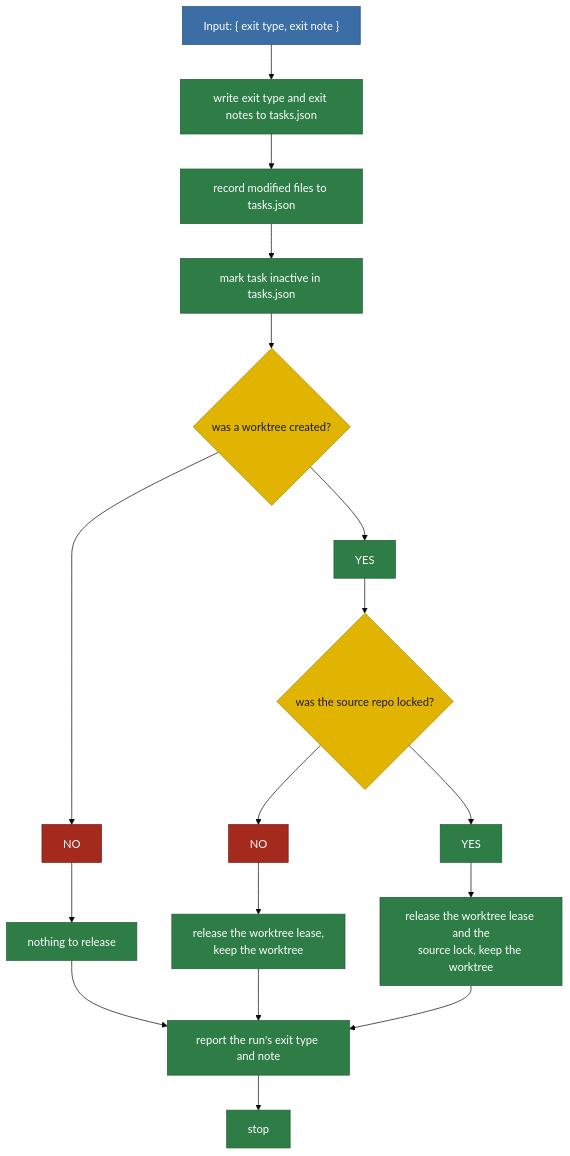
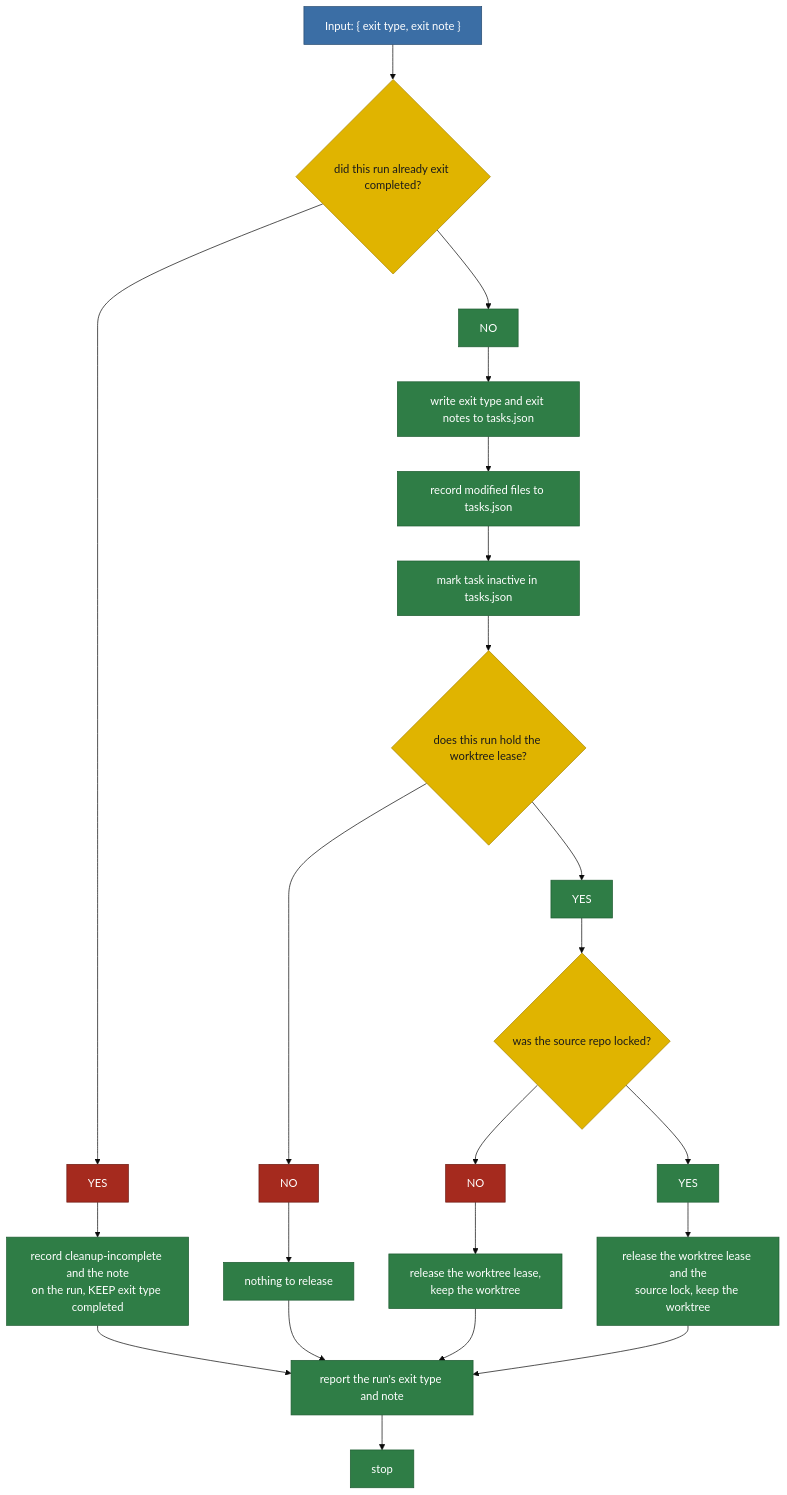
One commit to matkatmusic/taskTools changed the diagram in plans/diagram/pipeline-failuresExit.mmd. Above: the diagram before and after it, drawn with Mermaid (base theme). The commit also changed 9 other files, not shown here.

Commit message:
updated pipeline diagrams after codex review #1

```diff
--- a/plans/diagram/pipeline-failuresExit.mmd
+++ b/plans/diagram/pipeline-failuresExit.mmd
@@ -1,66 +1,88 @@
 flowchart TB
 %% FAILURES EXIT. Split from pipeline-exitWorkflow.mmd.
 %% Input: an exit type and exit note from any pipeline, once the task is active.
 %% One job: record why the run ended, then let go of what the run holds.
 %% Ends at [stop].
 %% Rules that apply everywhere, not steps:
 %%   1. Every git interaction goes through a script. Never prose.
 %%   2. Every read and write of tasks.json is atomic.
 %%   3. Every box that touches the working tree operates on every repository
 %%      layer, deepest submodule first, root last. Boxes that only read or write
 %%      tasks.json do not.
 %%   4. Exactly one box releases what the run holds, and the box it picks names
-%%      only what is actually held: nothing before a worktree exists, the lease
-%%      only before the source repo was locked, both after.
+%%      only what is actually held. The test is "does this run hold the worktree
+%%      lease right now?", read from the lease file, NOT "was a worktree created
+%%      at some point": a resumed worktree was created by an earlier run, and a
+%%      lease can have been lost to another owner since. See releaseTaskRunHolds.ts,
+%%      which compares the physical lease owner against this run's id.
 %%   5. The worktree itself is NEVER removed here. Releasing a lease is not
 %%      deleting a worktree. The committed work stays on disk, so the next
 %%      invocation of this task finds it at the preamble's "does a worktree
 %%      exist?" and resumes. Only the merge succeeded exit removes a worktree.
 %%      See releaseTaskRunHolds.ts here, removeTaskWorktreeAndBranches there.
-%%   6. How far this tail can run depends on where the failure happened:
-%%        active, no worktree - this tail runs; modified files records []
-%%        active, with worktree - this tail runs in full
-%%        during the archive, after "mark task inactive"
-%%                            - the run is already ended, so this tail reopens
-%%                              it, overwrites exit type completed with
-%%                              run-failed, and re-ends it
+%%   6. A merge is published work and can never be un-published. Once a run has
+%%      written exit type completed, that exit type is FINAL. A later failure on the
+%%      same run records cleanup-incomplete beside it and leaves completed alone.
+%%      Overwriting it with run-failed would erase the only durable proof the merge
+%%      landed: the preamble's "is the task closing?" reads exactly that field, so
+%%      the next invocation would re-run a task whose work is already on the target
+%%      branch, against a worktree that may no longer exist.
+%%   7. cleanup-incomplete is a repair flag, not an exit type. The task stays in
+%%      tasks.json, still marked closing, and the recorded merge commit hashes are
+%%      enough to finish the archive by hand or on the next sweep. A post-merge
+%%      failure NEVER sends the run back into implementation.
+%%   8. How far this tail can run depends on where the failure happened:
+%%        active, no lease held - this tail runs; modified files records []
+%%        active, lease held    - this tail runs in full
+%%        after the merge succeeded exit wrote completed
+%%                              - rule 6: record cleanup-incomplete, keep completed
 %%      A failure BEFORE the task is active never reaches here. It takes the
 %%      report-only exit. See pipeline-reportOnlyExit.mmd.
 %% Exit types that reach this tail:
 %%   plan-scrapped      - codex did not accept the plan in two reviews
-%%   tests-red          - task tests still failing after 2 attempts
+%%   clarify-stuck      - the planner asked twice for something the docs cannot
+%%                        supply
+%%   fence-violation    - a change edited files the task does not own
+%%   tests-red          - task tests still failing after 2 fix attempts
 %%   tests-flagged      - codex flagged the tests twice
 %%   rebase-stuck       - the rebase did not advance after 2 conflict fixes
 %%   suite-red          - full suite still failing after 2 fix attempts
 %%   merge-failed       - the merge did not land twice
 %%   agent-failed       - an agent returned nothing usable
 %%   run-failed         - a script failed operationally
 
-  EXIT_TYPE_NOTE_INPUT["Input: { exit type, exit note }"] --> WRITE_EXIT_TYPE_AND_NOTE["write exit type and exit notes to tasks.json"]
+  EXIT_TYPE_NOTE_INPUT["Input: { exit type, exit note }"] --> DID_THIS_RUN_ALREADY_MERGE
+  DID_THIS_RUN_ALREADY_MERGE{"did this run already exit completed?"} --> DID_THIS_RUN_ALREADY_MERGE_YES["YES"]
+  DID_THIS_RUN_ALREADY_MERGE --> DID_THIS_RUN_ALREADY_MERGE_NO["NO"]
+
+  DID_THIS_RUN_ALREADY_MERGE_YES --> RECORD_CLEANUP_INCOMPLETE["record cleanup-incomplete and the note<br/>on the run, KEEP exit type completed"]
+  RECORD_CLEANUP_INCOMPLETE --> REPORT_EXIT_TYPE_AND_NOTE
+
+  DID_THIS_RUN_ALREADY_MERGE_NO --> WRITE_EXIT_TYPE_AND_NOTE["write exit type and exit notes to tasks.json"]
   WRITE_EXIT_TYPE_AND_NOTE --> RECORD_MODIFIED_FILES_FAILURE["record modified files to tasks.json"]
   RECORD_MODIFIED_FILES_FAILURE --> MARK_TASK_INACTIVE_FAILURE["mark task inactive in tasks.json"]
-  MARK_TASK_INACTIVE_FAILURE --> WAS_WORKTREE_CREATED{"was a worktree created?"}
-  WAS_WORKTREE_CREATED --> WAS_WORKTREE_CREATED_YES["YES"]
-  WAS_WORKTREE_CREATED --> WAS_WORKTREE_CREATED_NO["NO"]
-  WAS_WORKTREE_CREATED_NO --> NOTHING_TO_RELEASE["nothing to release"]
+  MARK_TASK_INACTIVE_FAILURE --> DOES_RUN_HOLD_LEASE{"does this run hold the worktree lease?"}
+  DOES_RUN_HOLD_LEASE --> DOES_RUN_HOLD_LEASE_YES["YES"]
+  DOES_RUN_HOLD_LEASE --> DOES_RUN_HOLD_LEASE_NO["NO"]
+  DOES_RUN_HOLD_LEASE_NO --> NOTHING_TO_RELEASE["nothing to release"]
   NOTHING_TO_RELEASE --> REPORT_EXIT_TYPE_AND_NOTE["report the run's exit type and note"]
 
-  WAS_WORKTREE_CREATED_YES --> WAS_SOURCE_REPO_LOCKED{"was the source repo locked?"}
+  DOES_RUN_HOLD_LEASE_YES --> WAS_SOURCE_REPO_LOCKED{"was the source repo locked?"}
   WAS_SOURCE_REPO_LOCKED --> WAS_SOURCE_REPO_LOCKED_YES["YES"]
   WAS_SOURCE_REPO_LOCKED --> WAS_SOURCE_REPO_LOCKED_NO["NO"]
   WAS_SOURCE_REPO_LOCKED_NO --> RELEASE_WORKTREE_LEASE["release the worktree lease,<br/>keep the worktree"]
   RELEASE_WORKTREE_LEASE --> REPORT_EXIT_TYPE_AND_NOTE
   WAS_SOURCE_REPO_LOCKED_YES --> RELEASE_WORKTREE_LEASE_AND_LOCK["release the worktree lease and the<br/>source lock, keep the worktree"]
   RELEASE_WORKTREE_LEASE_AND_LOCK --> REPORT_EXIT_TYPE_AND_NOTE
   REPORT_EXIT_TYPE_AND_NOTE --> STOP["stop"]
 
   classDef script fill:#2f7d46,stroke:#1e5c31,color:#ffffff
   classDef decision fill:#e0b400,stroke:#a88600,color:#1a1a1a
   classDef output fill:#3b6ea5,stroke:#254a70,color:#ffffff
   classDef pass fill:#2f7d46,stroke:#1e5c31,color:#ffffff
   classDef nopass fill:#a52a1e,stroke:#6d1a12,color:#ffffff
-  class WAS_WORKTREE_CREATED,WAS_SOURCE_REPO_LOCKED decision
-  class WAS_WORKTREE_CREATED_YES,WAS_SOURCE_REPO_LOCKED_YES pass
-  class WAS_WORKTREE_CREATED_NO,WAS_SOURCE_REPO_LOCKED_NO nopass
-  class WRITE_EXIT_TYPE_AND_NOTE,RECORD_MODIFIED_FILES_FAILURE,MARK_TASK_INACTIVE_FAILURE,NOTHING_TO_RELEASE,RELEASE_WORKTREE_LEASE,RELEASE_WORKTREE_LEASE_AND_LOCK,REPORT_EXIT_TYPE_AND_NOTE,STOP script
+  class DOES_RUN_HOLD_LEASE,WAS_SOURCE_REPO_LOCKED,DID_THIS_RUN_ALREADY_MERGE decision
+  class DOES_RUN_HOLD_LEASE_YES,WAS_SOURCE_REPO_LOCKED_YES,DID_THIS_RUN_ALREADY_MERGE_NO pass
+  class DOES_RUN_HOLD_LEASE_NO,WAS_SOURCE_REPO_LOCKED_NO,DID_THIS_RUN_ALREADY_MERGE_YES nopass
+  class WRITE_EXIT_TYPE_AND_NOTE,RECORD_MODIFIED_FILES_FAILURE,MARK_TASK_INACTIVE_FAILURE,NOTHING_TO_RELEASE,RELEASE_WORKTREE_LEASE,RELEASE_WORKTREE_LEASE_AND_LOCK,REPORT_EXIT_TYPE_AND_NOTE,RECORD_CLEANUP_INCOMPLETE,STOP script
   class EXIT_TYPE_NOTE_INPUT output
```
